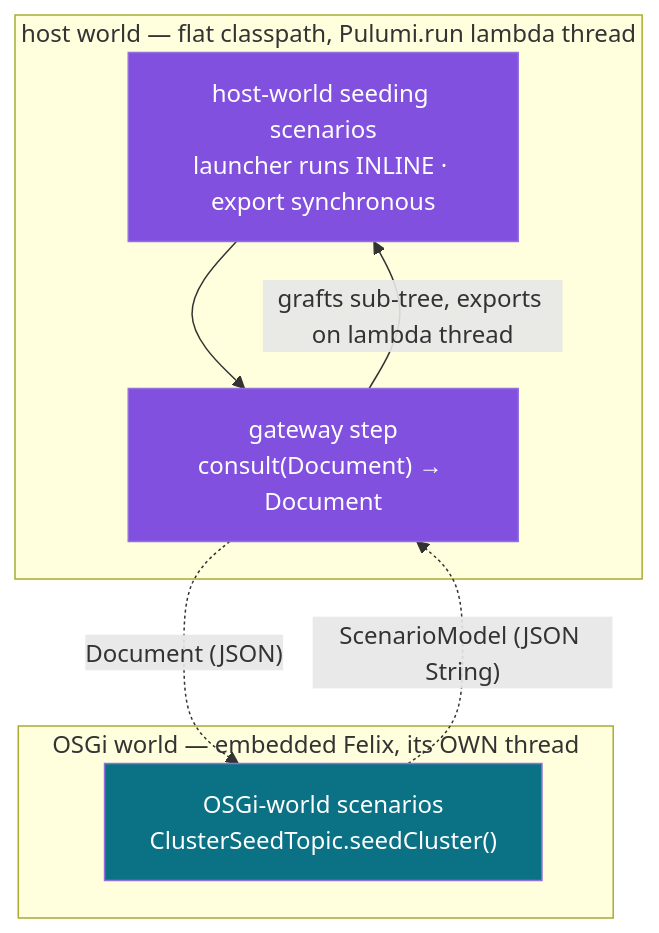
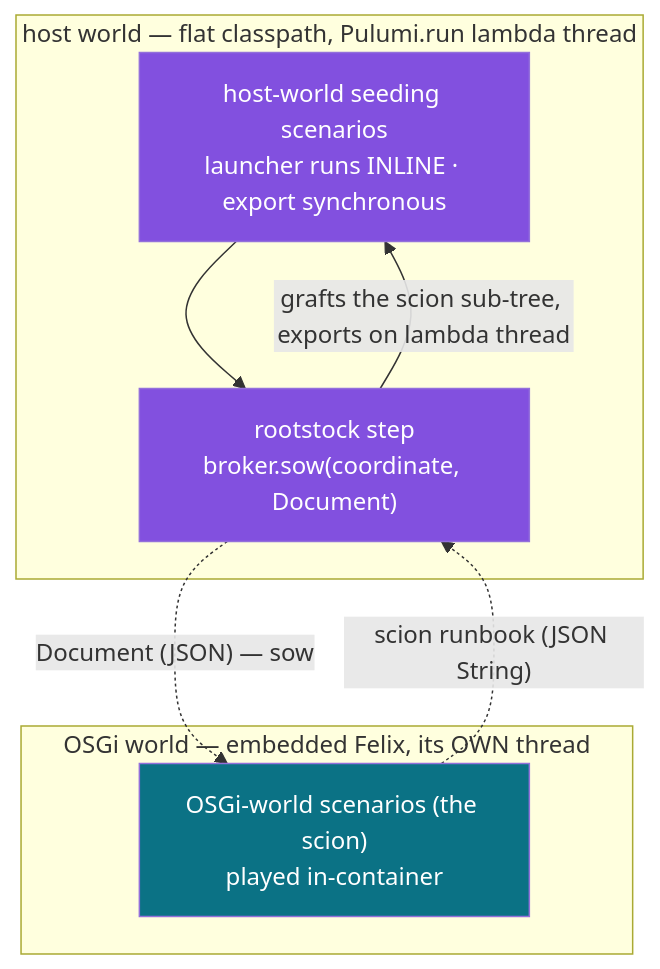
Before and after one commit to nxmatic/rke2lab: the diagram in docs/architecture/osgi/seed-spec.adoc, drawn with Mermaid. The commit also changed other lines of this file and 2 other files, not shown here.

```diff
--- a/docs/architecture/osgi/seed-spec.adoc
+++ b/docs/architecture/osgi/seed-spec.adoc
@@ -109,19 +109,19 @@
 [mermaid]
 ....
 flowchart TB
   subgraph host["host world — flat classpath, Pulumi.run lambda thread"]
     hs["host-world seeding scenarios<br/>launcher runs INLINE · export synchronous"]
-    gw["gateway step<br/>consult(Document) → Document"]
+    rs["rootstock step<br/>broker.sow(coordinate, Document)"]
   end
   subgraph osgi["OSGi world — embedded Felix, its OWN thread"]
-    os["OSGi-world scenarios<br/>ClusterSeedTopic.seedCluster()"]
+    os["OSGi-world scenarios (the scion)<br/>played in-container"]
   end
-  hs --> gw
-  gw -.->|"Document (JSON)"| os
-  os -.->|"ScenarioModel (JSON String)"| gw
-  gw -->|grafts sub-tree, exports on lambda thread| hs
+  hs --> rs
+  rs -.->|"Document (JSON) — sow"| os
+  os -.->|"scion runbook (JSON String)"| rs
+  rs -->|grafts the scion sub-tree, exports on lambda thread| hs
   classDef h fill:#8250df,color:#fff;
   classDef o fill:#0b7285,color:#fff;
-  class hs,gw h
+  class hs,rs h
   class os o
 ....
```
